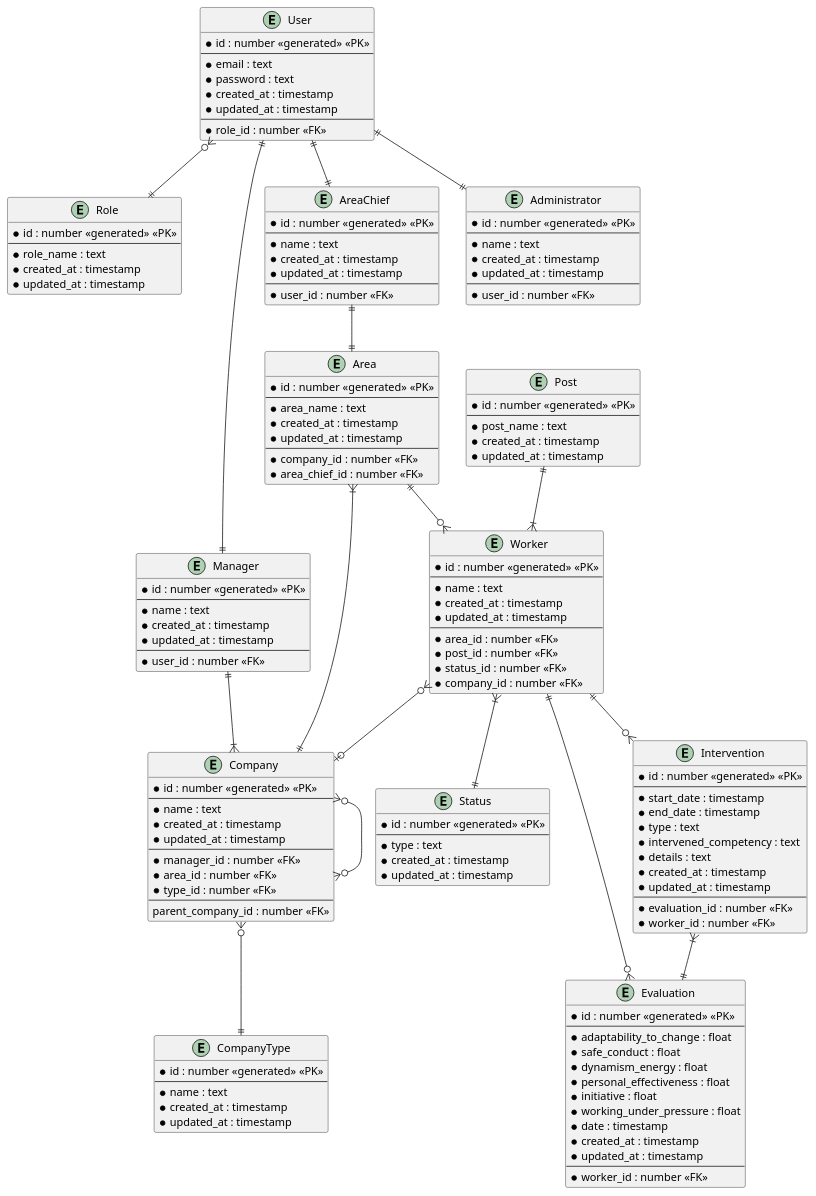
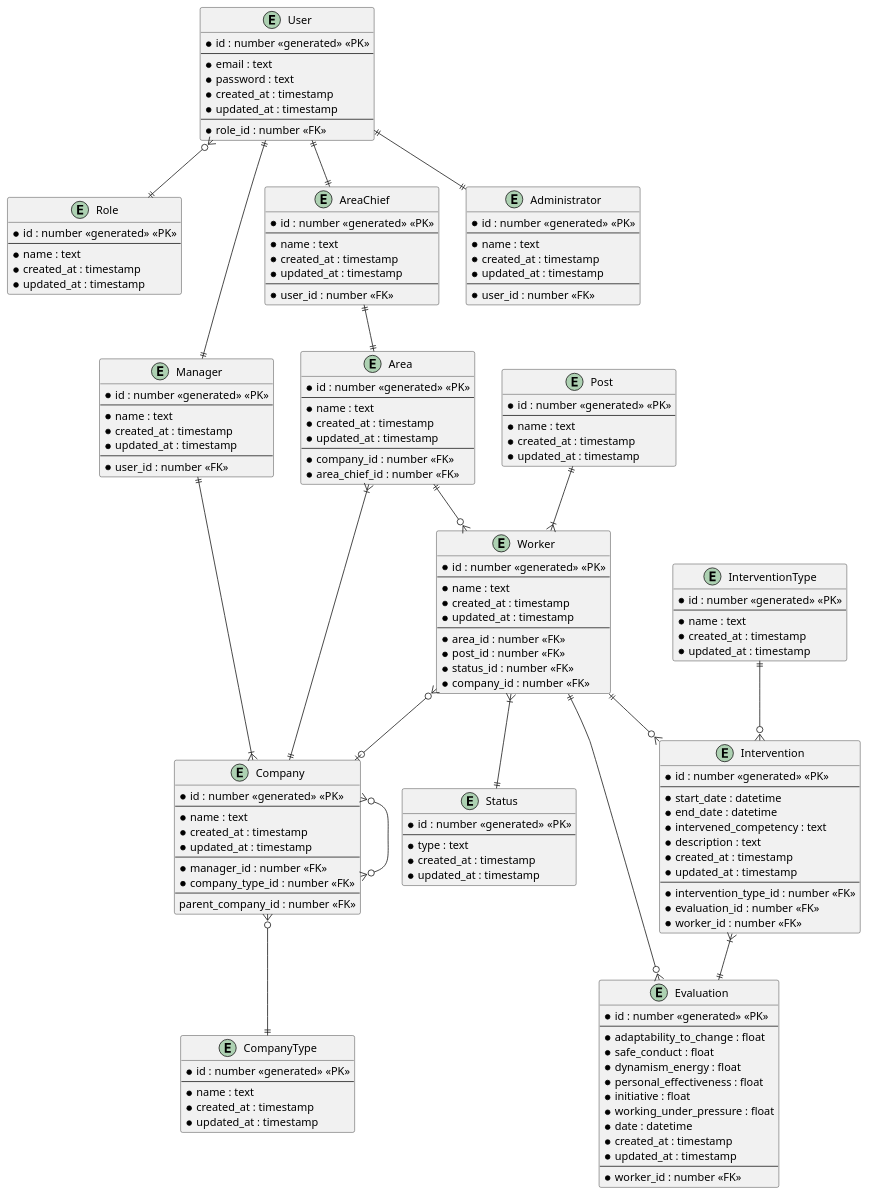
One commit to noctulitos-hackadisc/backend-hackadisc changed the diagram in docs/ER.puml. Above: the diagram before and after it, drawn with PlantUML.

Commit message:
fix: minor bug fixes in ER diagram

```diff
--- a/docs/ER.puml
+++ b/docs/ER.puml
@@ -1,169 +1,178 @@
 @startuml ER-Diagram
 hide empty methods
 
 entity User {
     * id : number <<generated>> <<PK>>
     --
     * email : text
     * password : text
     * created_at : timestamp
     * updated_at : timestamp
     --
     *role_id : number <<FK>>
 }
 
 entity Role {
     * id : number <<generated>> <<PK>>
     --
-    * role_name : text
+    * name : text
     * created_at : timestamp
     * updated_at : timestamp
 }
 
 entity Manager {
     * id : number <<generated>> <<PK>>
     --
     * name : text
     * created_at : timestamp
     * updated_at : timestamp
     --
     * user_id : number <<FK>>
 }
 
 entity AreaChief {
     * id : number <<generated>> <<PK>>
     --
     * name : text
     * created_at : timestamp
     * updated_at : timestamp
     --
     * user_id : number <<FK>>
 }
 
 entity Administrator {
     * id : number <<generated>> <<PK>>
     --
     * name : text
     * created_at : timestamp
     * updated_at : timestamp
     --
     * user_id : number <<FK>>
 }
 
 entity Company {
     * id : number <<generated>> <<PK>>
     --
     * name : text
     * created_at : timestamp
     * updated_at : timestamp
     --
     * manager_id : number <<FK>>
-    * area_id : number <<FK>>
-    * type_id : number <<FK>>
+    * company_type_id : number <<FK>>
     --
     parent_company_id : number <<FK>>
 }
 
 entity CompanyType {
     * id : number <<generated>> <<PK>>
     --
     * name : text
     * created_at : timestamp
     * updated_at : timestamp
 }
 
 entity Area {
     * id : number <<generated>> <<PK>>
     --
-    * area_name : text
+    * name : text
     * created_at : timestamp
     * updated_at : timestamp
     --
     * company_id : number <<FK>>
     * area_chief_id : number <<FK>>
 }
 
 entity Post {
     * id : number <<generated>> <<PK>>
     --
-    * post_name : text
+    * name : text
     * created_at : timestamp
     * updated_at : timestamp
 }
 
 entity Worker {
     * id : number <<generated>> <<PK>>
     --
     * name : text
     * created_at : timestamp
     * updated_at : timestamp
     --
     * area_id : number <<FK>>
     * post_id : number <<FK>>
     * status_id : number <<FK>>
     * company_id : number <<FK>>
 }
 
 entity Status {
     * id : number <<generated>> <<PK>>
     --
     * type : text
     * created_at : timestamp
     * updated_at : timestamp
 }
 
 entity Evaluation {
     * id : number <<generated>> <<PK>>
     --
     * adaptability_to_change : float
     * safe_conduct : float
     * dynamism_energy : float
     * personal_effectiveness : float
     * initiative : float
     * working_under_pressure : float
-    * date : timestamp
+    * date : datetime
     * created_at : timestamp
     * updated_at : timestamp
     --
     * worker_id : number <<FK>>
 }
 
 entity Intervention {
     * id : number <<generated>> <<PK>>
     --
-    * start_date : timestamp
-    * end_date : timestamp
-    * type : text
+    * start_date : datetime
+    * end_date : datetime
     * intervened_competency : text
-    * details : text
+    * description : text
     * created_at : timestamp
     * updated_at : timestamp
     --
+    * intervention_type_id : number <<FK>>
     * evaluation_id : number <<FK>>
     * worker_id : number <<FK>>
+}
+
+entity InterventionType {
+    * id : number <<generated>> <<PK>>
+    --
+    * name : text
+    * created_at : timestamp
+    * updated_at : timestamp
 }
 
 Area }|--|| Company
 Worker }o--o| Company
 Manager ||--|{ Company
 Company }o--|| CompanyType
 
 Area ||--o{ Worker
 Post ||--|{ Worker
 
 Worker }|--|| Status
 
 Worker ||--o{ Evaluation
 Worker ||--o{ Intervention
 Intervention }|--|| Evaluation
+InterventionType ||--o{ Intervention
+
 
 User }o--|| Role
 User ||--|| Manager
 User ||--|| AreaChief
 User ||--|| Administrator
 
 AreaChief ||--|| Area
 
 Company }o--o{ Company
 
 @enduml
```
